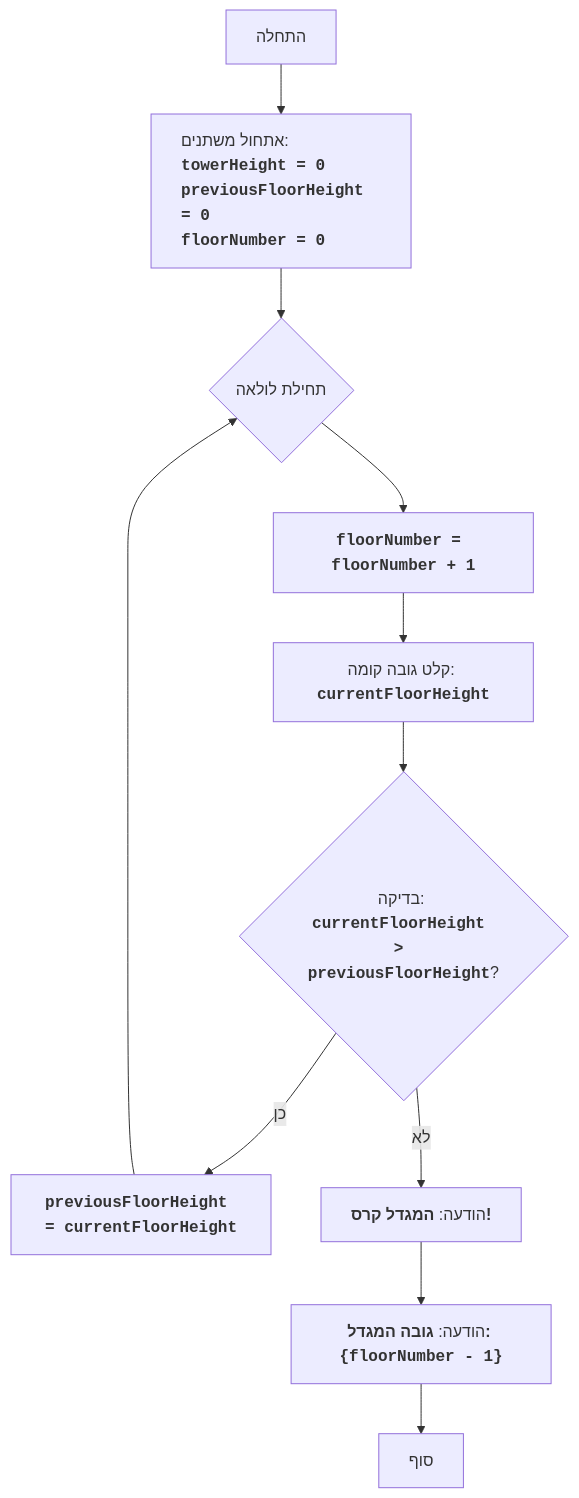
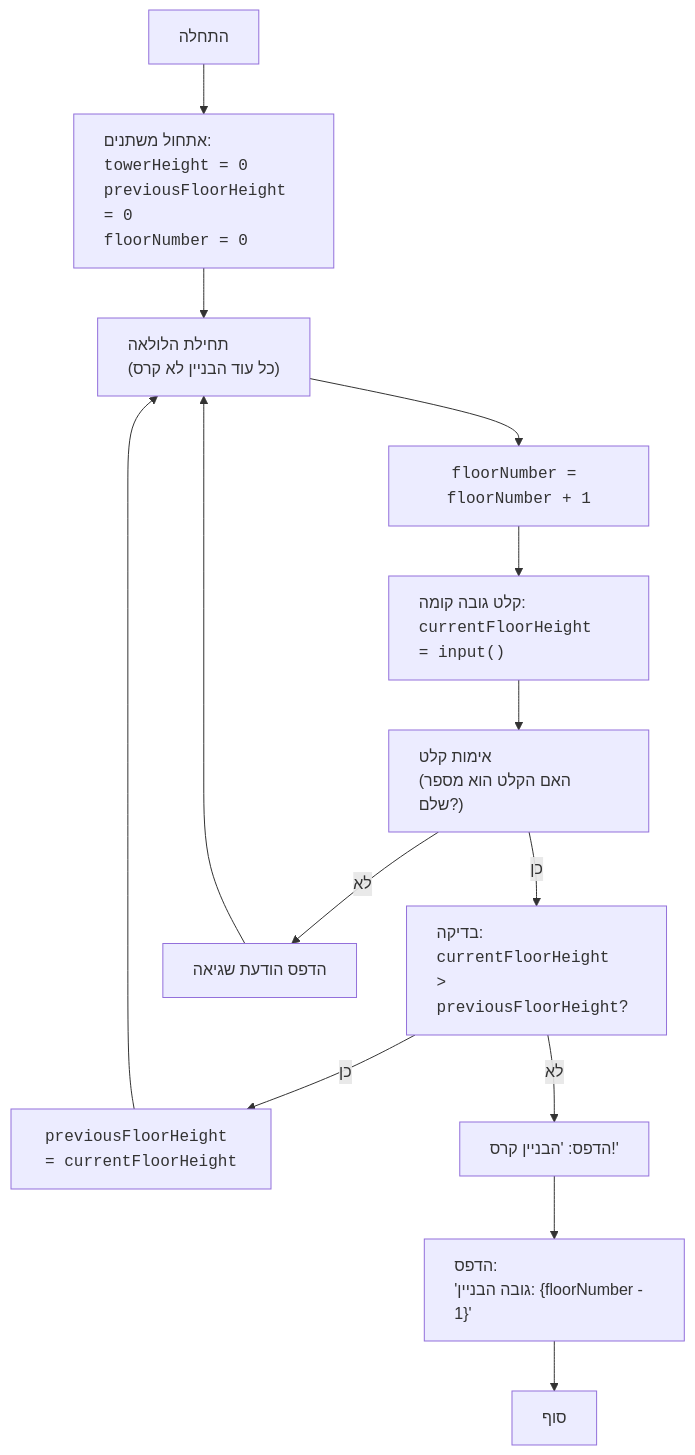
The diagram in docs/gemini/he/explainer/src/endpoints/ai_games/101_basic_computer_games/ru/GAMES/TOWER/tower.py.md (hypo69/hypo), drawn with Mermaid before and after one commit. The commit also changed other lines of this file and 885 other files, not shown here.

````diff
--- a/docs/gemini/he/explainer/src/endpoints/ai_games/101_basic_computer_games/ru/GAMES/TOWER/tower.py.md
+++ b/docs/gemini/he/explainer/src/endpoints/ai_games/101_basic_computer_games/ru/GAMES/TOWER/tower.py.md
@@ -34,13 +35,16 @@
 ```mermaid
 flowchart TD
-    Start["התחלה"] --> InitializeVariables["<p align='left'>אתחול משתנים:<br><code><b>towerHeight = 0</b></code><br><code><b>previousFloorHeight = 0</b></code><br><code><b>floorNumber = 0</b></code></p>"]
-    InitializeVariables --> LoopStart{"תחילת לולאה"}
-    LoopStart --> IncreaseFloorNumber["<code><b>floorNumber = floorNumber + 1</b></code>"]
-    IncreaseFloorNumber --> InputFloorHeight["קלט גובה קומה: <code><b>currentFloorHeight</b></code>"]
-    InputFloorHeight --> CheckFloorHeight{"בדיקה: <code><b>currentFloorHeight > previousFloorHeight</b></code>?"}
-    CheckFloorHeight -- כן --> UpdatePreviousFloorHeight["<code><b>previousFloorHeight = currentFloorHeight</b></code>"]
+    Start["התחלה"] --> InitializeVariables["<p align='left'>אתחול משתנים:<br><code>towerHeight = 0</code><br><code>previousFloorHeight = 0</code><br><code>floorNumber = 0</code></p>"]
+    InitializeVariables --> LoopStart["<p align='left'>תחילת הלולאה<br>(כל עוד הבניין לא קרס)</p>"]
+    LoopStart --> IncreaseFloorNumber["<code>floorNumber = floorNumber + 1</code>"]
+    IncreaseFloorNumber --> InputFloorHeight["<p align='left'>קלט גובה קומה:<br><code>currentFloorHeight = input()</code></p>"]
+    InputFloorHeight --> ValidateInput["<p align='left'>אימות קלט<br>(האם הקלט הוא מספר שלם?)</p>"]
+     ValidateInput -- "כן" --> CheckFloorHeight["<p align='left'>בדיקה:<br><code>currentFloorHeight > previousFloorHeight</code>?</p>"]
+    ValidateInput -- "לא" -->  InputError["הדפס הודעת שגיאה"]
+    InputError --> LoopStart
+    CheckFloorHeight -- "כן" --> UpdatePreviousFloorHeight["<code>previousFloorHeight = currentFloorHeight</code>"]
     UpdatePreviousFloorHeight --> LoopStart
-    CheckFloorHeight -- לא --> OutputGameOver["הודעה: <b>המגדל קרס!</b>"]
-    OutputGameOver --> OutputTowerHeight["הודעה: <b>גובה המגדל: <code>{floorNumber - 1}</code></b>"]
+    CheckFloorHeight -- "לא" --> OutputGameOver["הדפס: 'הבניין קרס!'"]
+    OutputGameOver --> OutputTowerHeight["<p align='left'>הדפס:<br>'גובה הבניין: {floorNumber - 1}'</p>"]
     OutputTowerHeight --> End["סוף"]
 ```
````
